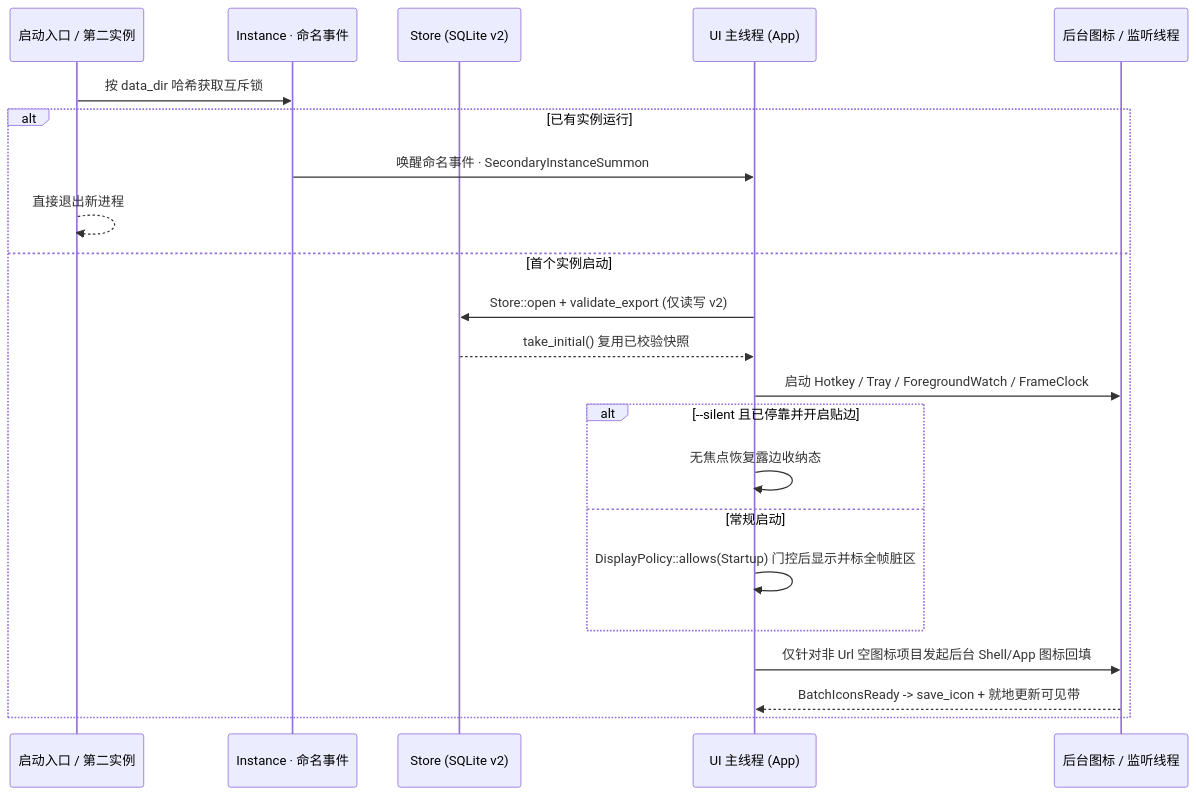
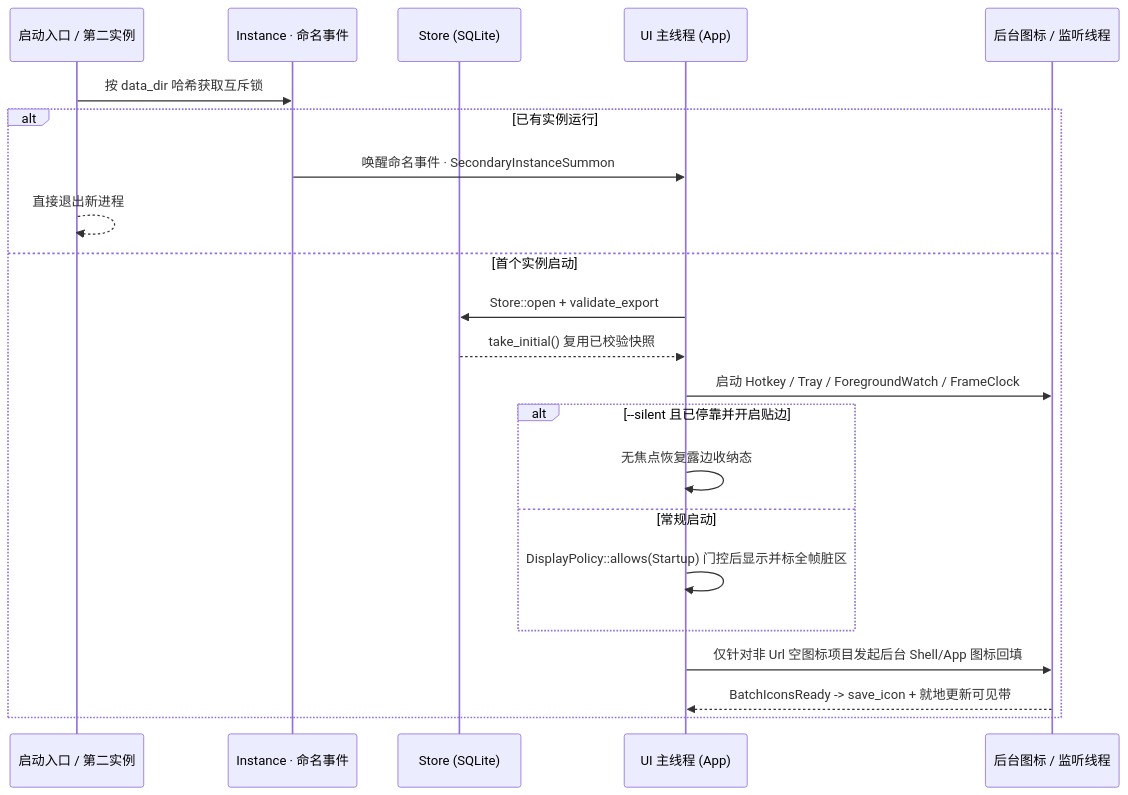
One commit to KHWLGH/Raptim changed the third of 3 diagrams in docs/ARCHITECTURE.md. Above: the diagram before and after it, drawn with Mermaid. The commit also changed other lines of this file and 8 other files, not shown here.

````diff
--- a/docs/ARCHITECTURE.md
+++ b/docs/ARCHITECTURE.md
@@ -103,25 +103,25 @@
 ```mermaid
 sequenceDiagram
   participant CLI as 启动入口 / 第二实例
   participant INST as Instance · 命名事件
-  participant STORE as Store (SQLite v2)
+  participant STORE as Store (SQLite)
   participant UI as UI 主线程 (App)
   participant BG as 后台图标 / 监听线程
 
   CLI->>INST: 按 data_dir 哈希获取互斥锁
   alt 已有实例运行
     INST->>UI: 唤醒命名事件 · SecondaryInstanceSummon
     CLI-->>CLI: 直接退出新进程
   else 首个实例启动
-    UI->>STORE: Store::open + validate_export (仅读写 v2)
+    UI->>STORE: Store::open + validate_export
     STORE-->>UI: take_initial() 复用已校验快照
     UI->>BG: 启动 Hotkey / Tray / ForegroundWatch / FrameClock
     alt --silent 且已停靠并开启贴边
       UI->>UI: 无焦点恢复露边收纳态
     else 常规启动
       UI->>UI: DisplayPolicy::allows(Startup) 门控后显示并标全帧脏区
     end
     UI->>BG: 仅针对非 Url 空图标项目发起后台 Shell/App 图标回填
     BG-->>UI: BatchIconsReady -> save_icon + 就地更新可见带
   end
 ```
````
